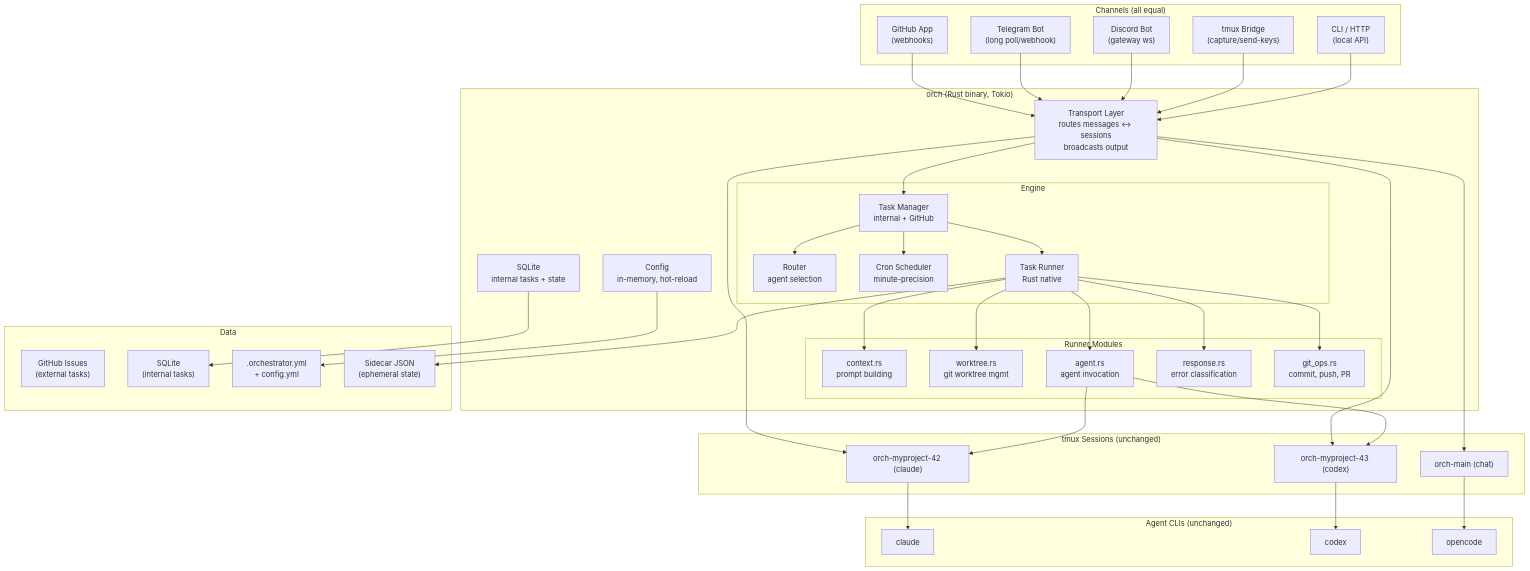
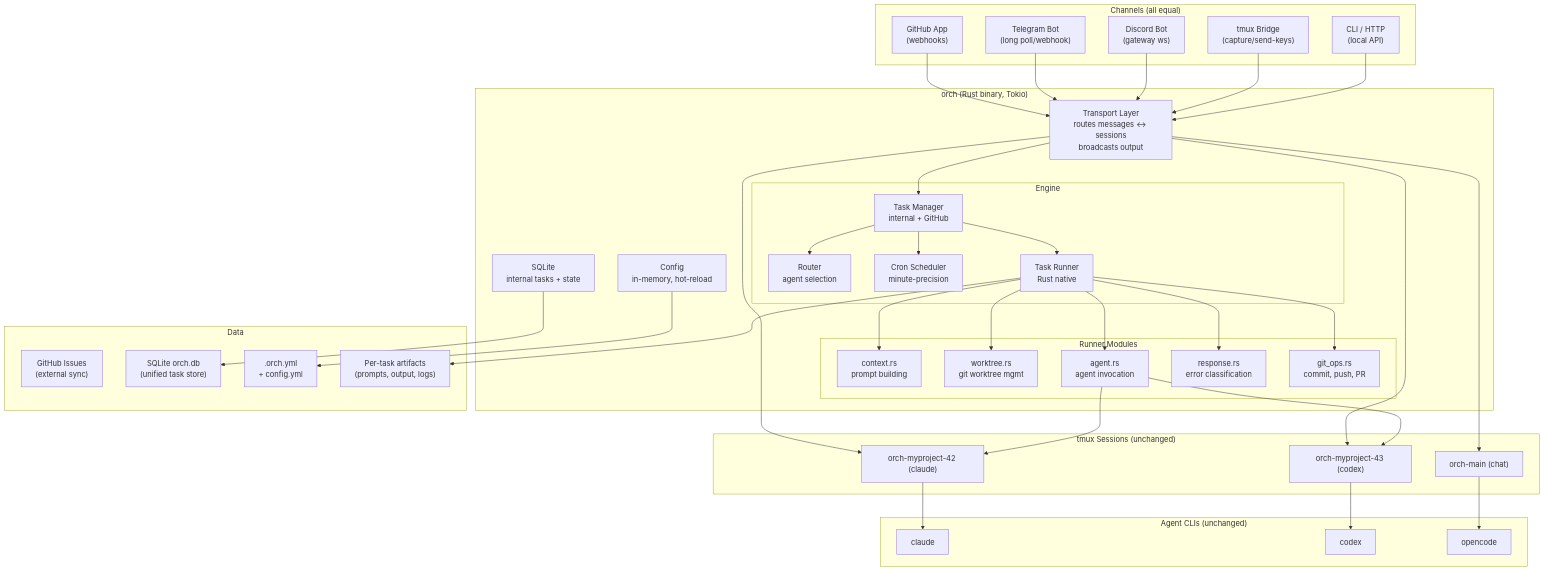
Before and after one commit to gabrielkoerich/orch: the third of 3 diagrams in PLAN.md, drawn with Mermaid. The commit also changed other lines of this file and 16 other files, not shown here.

First line of the commit message:
docs: update all markdown to reflect current architecture (#621)

````diff
--- a/PLAN.md
+++ b/PLAN.md
@@ -267,82 +266,82 @@
 ```mermaid
 graph TB
     subgraph "Channels (all equal)"
         GH_CH["GitHub App<br/>(webhooks)"]
         TG_CH["Telegram Bot<br/>(long poll/webhook)"]
         DC_CH["Discord Bot<br/>(gateway ws)"]
         TMUX_CH["tmux Bridge<br/>(capture/send-keys)"]
         CLI_CH["CLI / HTTP<br/>(local API)"]
     end
 
     subgraph "orch (Rust binary, Tokio)"
         TRANSPORT["Transport Layer<br/>routes messages ↔ sessions<br/>broadcasts output"]
 
         subgraph "Engine"
             TASKS["Task Manager<br/>internal + GitHub"]
             ROUTER["Router<br/>agent selection"]
             SCHEDULER["Cron Scheduler<br/>minute-precision"]
             RUNNER["Task Runner<br/>Rust native"]
         end
 
         subgraph "Runner Modules"
             CTX["context.rs<br/>prompt building"]
             WT["worktree.rs<br/>git worktree mgmt"]
             AGT["agent.rs<br/>agent invocation"]
             RESP["response.rs<br/>error classification"]
             GITOPS["git_ops.rs<br/>commit, push, PR"]
         end
 
         CONFIG_RS["Config<br/>in-memory, hot-reload"]
         SQLITE["SQLite<br/>internal tasks + state"]
     end
 
     subgraph "Agent CLIs (unchanged)"
         CL["claude"]
         CO["codex"]
         OC["opencode"]
     end
 
     subgraph "tmux Sessions (unchanged)"
         T1["orch-myproject-42 (claude)"]
         T2["orch-myproject-43 (codex)"]
         T3["orch-main (chat)"]
     end
 
     subgraph "Data"
-        GH_ISSUES["GitHub Issues<br/>(external tasks)"]
-        LOCAL_DB["SQLite<br/>(internal tasks)"]
-        YAML[".orchestrator.yml<br/>+ config.yml"]
-        SIDE["Sidecar JSON<br/>(ephemeral state)"]
+        GH_ISSUES["GitHub Issues<br/>(external sync)"]
+        LOCAL_DB["SQLite orch.db<br/>(unified task store)"]
+        YAML[".orch.yml<br/>+ config.yml"]
+        SIDE["Per-task artifacts<br/>(prompts, output, logs)"]
     end
 
     GH_CH --> TRANSPORT
     TG_CH --> TRANSPORT
     DC_CH --> TRANSPORT
     TMUX_CH --> TRANSPORT
     CLI_CH --> TRANSPORT
 
     TRANSPORT --> TASKS
     TRANSPORT --> T1
     TRANSPORT --> T2
     TRANSPORT --> T3
 
     TASKS --> ROUTER
     TASKS --> SCHEDULER
     TASKS --> RUNNER
 
     RUNNER --> CTX
     RUNNER --> WT
     RUNNER --> AGT
     RUNNER --> RESP
     RUNNER --> GITOPS
     AGT --> T1
     AGT --> T2
 
     T1 --> CL
     T2 --> CO
     T3 --> OC
 
     SQLITE --> LOCAL_DB
     CONFIG_RS --> YAML
     RUNNER --> SIDE
 ```
````
